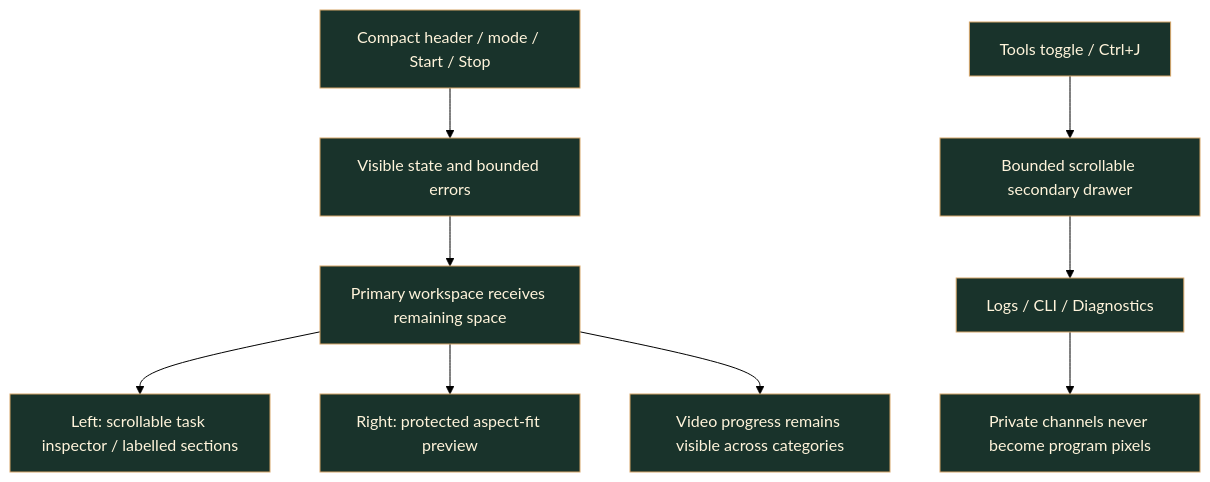
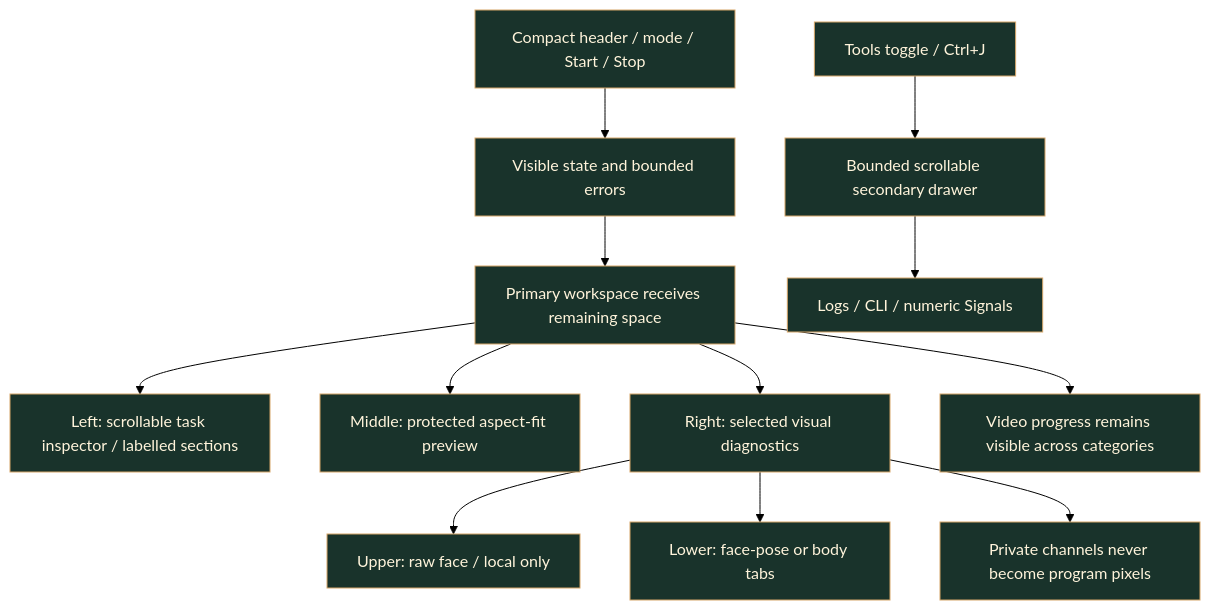
The second of 3 diagrams in docs/09-desktop-studio/runtime-architecture.md (Zanark/KardboardCode-VTuber), drawn with Mermaid (forest theme) before and after one commit. The commit also changed other lines of this file and 25 other files, not shown here.

````diff
--- a/docs/09-desktop-studio/runtime-architecture.md
+++ b/docs/09-desktop-studio/runtime-architecture.md
@@ -83,12 +90,15 @@
 ```mermaid
 flowchart TD
     Header["Compact header / mode / Start / Stop"] --> Status["Visible state and bounded errors"]
     Status --> Work["Primary workspace receives remaining space"]
     Work --> Inspector["Left: scrollable task inspector / labelled sections"]
-    Work --> Viewer["Right: protected aspect-fit preview"]
+    Work --> Viewer["Middle: protected aspect-fit preview"]
+    Work --> Rail["Right: selected visual diagnostics"]
+    Rail --> Raw["Upper: raw face / local only"]
+    Rail --> Tracking["Lower: face-pose or body tabs"]
     Work --> Progress["Video progress remains visible across categories"]
     Optional["Tools toggle / Ctrl+J"] --> Drawer["Bounded scrollable secondary drawer"]
-    Drawer --> Tabs["Logs / CLI / Diagnostics"]
-    Tabs --> Separate["Private channels never become program pixels"]
+    Drawer --> Tabs["Logs / CLI / numeric Signals"]
+    Rail --> Separate["Private channels never become program pixels"]
     classDef default fill:#19332b,stroke:#d5a568,color:#fff4db
 ```
````
